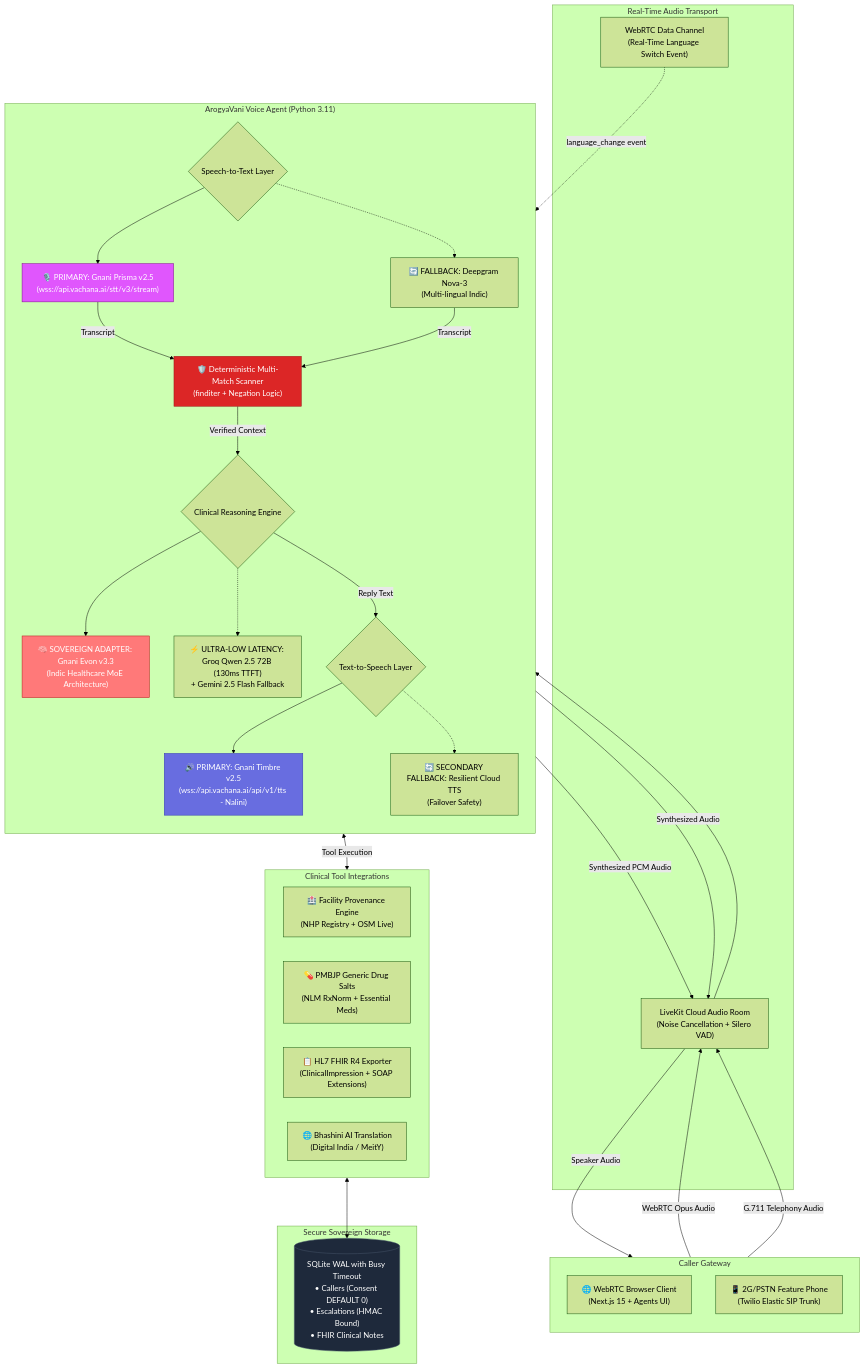
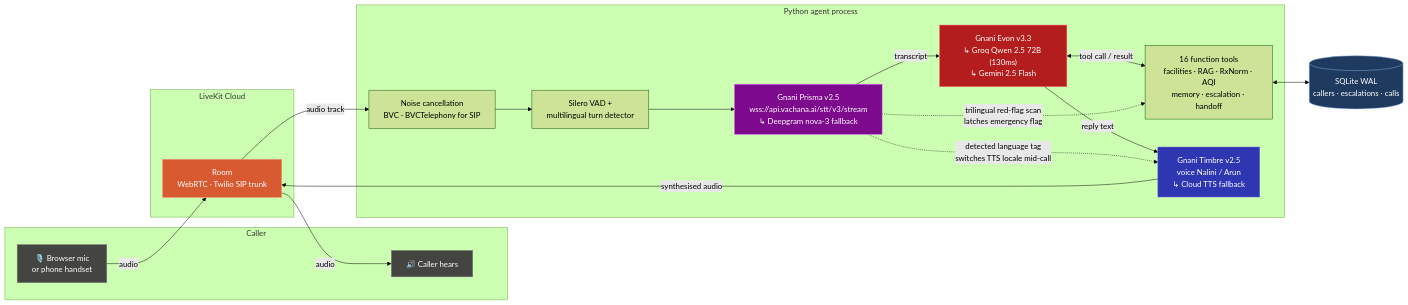
One commit to sakshitiwari2051-png/ArogyaVani changed the first of 2 diagrams in README.md. Above: the diagram before and after it, drawn with Mermaid (forest theme). The commit also changed other lines of this file, not shown here.

Commit message:
docs: restructure README matching award-winning architecture with Gnani sovereign stack

````diff
--- a/README.md
+++ b/README.md
@@ -166,71 +85,42 @@
 ```mermaid
-flowchart TB
-    subgraph CALLER["Caller Gateway"]
-        direction TB
-        WEB["🌐 WebRTC Browser Client<br/>(Next.js 15 + Agents UI)"]
-        PSTN["📱 2G/PSTN Feature Phone<br/>(Twilio Elastic SIP Trunk)"]
+flowchart LR
+    subgraph C["Caller"]
+        MIC["🎙️ Browser mic<br/>or phone handset"]
+        SPK["🔊 Caller hears"]
     end
 
-    subgraph LK["Real-Time Audio Transport"]
-        ROOM["LiveKit Cloud Audio Room<br/>(Noise Cancellation + Silero VAD)"]
-        DATA["WebRTC Data Channel<br/>(Real-Time Language Switch Event)"]
+    subgraph LK["LiveKit Cloud"]
+        ROOM["Room<br/>WebRTC · Twilio SIP trunk"]
     end
 
-    subgraph AGENT["ArogyaVani Voice Agent (Python 3.11)"]
-        direction TB
-        STT_ENGINE{"Speech-to-Text Layer"}
-        PRISMA["🎙️ PRIMARY: Gnani Prisma v2.5<br/>(wss://api.vachana.ai/stt/v3/stream)"]
-        DG_STT["🔄 FALLBACK: Deepgram Nova-3<br/>(Multi-lingual Indic)"]
-
-        SCANNER["🛡️ Deterministic Multi-Match Scanner<br/>(finditer + Negation Logic)"]
-
-        LLM_ENGINE{"Clinical Reasoning Engine"}
-        EVON["🧠 SOVEREIGN ADAPTER: Gnani Evon v3.3<br/>(Indic Healthcare MoE Architecture)"]
-        GROQ_GEMINI["⚡ ULTRA-LOW LATENCY: Groq Qwen 2.5 72B (130ms TTFT)<br/>+ Gemini 2.5 Flash Fallback"]
-
-        TTS_ENGINE{"Text-to-Speech Layer"}
-        TIMBRE["🔊 PRIMARY: Gnani Timbre v2.5<br/>(wss://api.vachana.ai/api/v1/tts - Nalini)"]
-        FALLBACK_TTS["🔄 SECONDARY FALLBACK: Resilient Cloud TTS<br/>(Failover Safety)"]
+    subgraph AG["Python agent process"]
+        NC["Noise cancellation<br/>BVC · BVCTelephony for SIP"]
+        VAD["Silero VAD +<br/>multilingual turn detector"]
+        STT["Gnani Prisma v2.5<br/>wss://api.vachana.ai/stt/v3/stream<br/>↳ Deepgram nova-3 fallback"]
+        LLM["Gnani Evon v3.3<br/>↳ Groq Qwen 2.5 72B (130ms)<br/>↳ Gemini 2.5 Flash"]
+        TOOLS["16 function tools<br/>facilities · RAG · RxNorm · AQI<br/>memory · escalation · handoff"]
+        TTS["Gnani Timbre v2.5<br/>voice Nalini / Arun<br/>↳ Cloud TTS fallback"]
     end
 
-    subgraph TOOLS["Clinical Tool Integrations"]
-        FAC["🏥 Facility Provenance Engine<br/>(NHP Registry + OSM Live)"]
-        MED["💊 PMBJP Generic Drug Salts<br/>(NLM RxNorm + Essential Meds)"]
-        FHIR["📋 HL7 FHIR R4 Exporter<br/>(ClinicalImpression + SOAP Extensions)"]
-        BHASH["🌐 Bhashini AI Translation<br/>(Digital India / MeitY)"]
-    end
+    DB[("SQLite WAL<br/>callers · escalations · calls")]
 
-    subgraph DATA_TIER["Secure Sovereign Storage"]
-        DB[("SQLite WAL with Busy Timeout<br/>• Callers (Consent DEFAULT 0)<br/>• Escalations (HMAC Bound)<br/>• FHIR Clinical Notes")]
-    end
+    MIC -->|"audio"| ROOM
+    ROOM -->|"audio track"| NC --> VAD --> STT
+    STT -->|"transcript"| LLM
+    LLM <-->|"tool call / result"| TOOLS
+    TOOLS <--> DB
+    LLM -->|"reply text"| TTS
+    TTS -->|"synthesised audio"| ROOM
+    ROOM -->|"audio"| SPK
 
-    WEB -->|"WebRTC Opus Audio"| ROOM
-    PSTN -->|"G.711 Telephony Audio"| ROOM
-    DATA -.->|"language_change event"| AGENT
+    STT -.->|"detected language tag<br/>switches TTS locale mid-call"| TTS
+    STT -.->|"trilingual red-flag scan<br/>latches emergency flag"| TOOLS
 
-    ROOM --> STT_ENGINE
-    STT_ENGINE --> PRISMA
-    STT_ENGINE -.-> DG_STT
-    PRISMA -->|"Transcript"| SCANNER
-    DG_STT -->|"Transcript"| SCANNER
-
-    SCANNER -->|"Verified Context"| LLM_ENGINE
-    LLM_ENGINE --> EVON
-    LLM_ENGINE -.-> GROQ_GEMINI
-
-    LLM_ENGINE <-->|"Tool Execution"| TOOLS
-    TOOLS <--> DB
-
-    LLM_ENGINE -->|"Reply Text"| TTS_ENGINE
-    TTS_ENGINE --> TIMBRE
-    TTS_ENGINE -.-> FALLBACK_TTS
-    TIMBRE -->|"Synthesized PCM Audio"| ROOM
-    FALLBACK_TTS -->|"Synthesized Audio"| ROOM
-    ROOM -->|"Speaker Audio"| CALLER
-
-    style PRISMA fill:#E056FD,stroke:#7D0A8D,color:#fff
-    style TIMBRE fill:#686DE0,stroke:#2F36B2,color:#fff
-    style EVON fill:#FF7979,stroke:#B31D1D,color:#fff
-    style SCANNER fill:#DC2626,stroke:#991B1B,color:#fff
-    style DB fill:#1E293B,stroke:#475569,color:#fff
+    style MIC fill:#444441,stroke:#888780,color:#fff
+    style SPK fill:#444441,stroke:#888780,color:#fff
+    style STT fill:#7D0A8D,stroke:#E056FD,color:#fff
+    style LLM fill:#B31D1D,stroke:#FF7979,color:#fff
+    style TTS fill:#2F36B2,stroke:#686DE0,color:#fff
+    style ROOM fill:#D85A30,stroke:#F0997B,color:#fff
+    style DB fill:#1F3A5F,stroke:#7FA8D4,color:#fff
 ```
````
